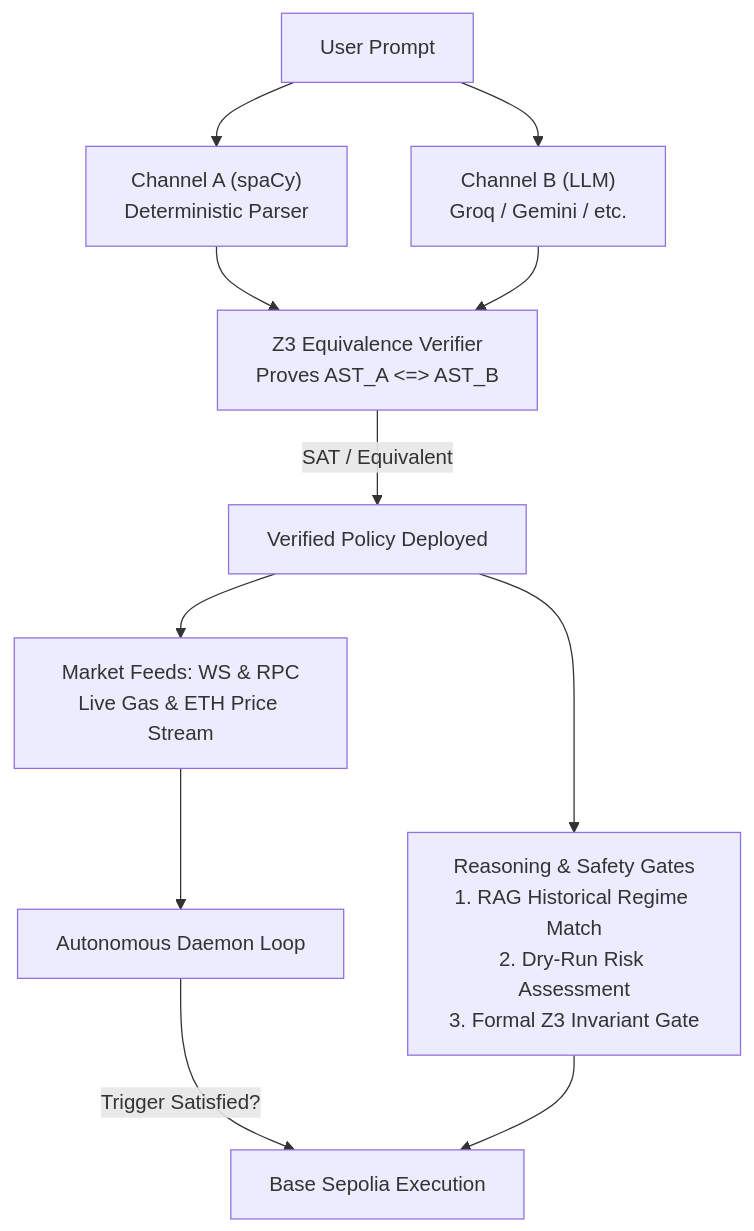
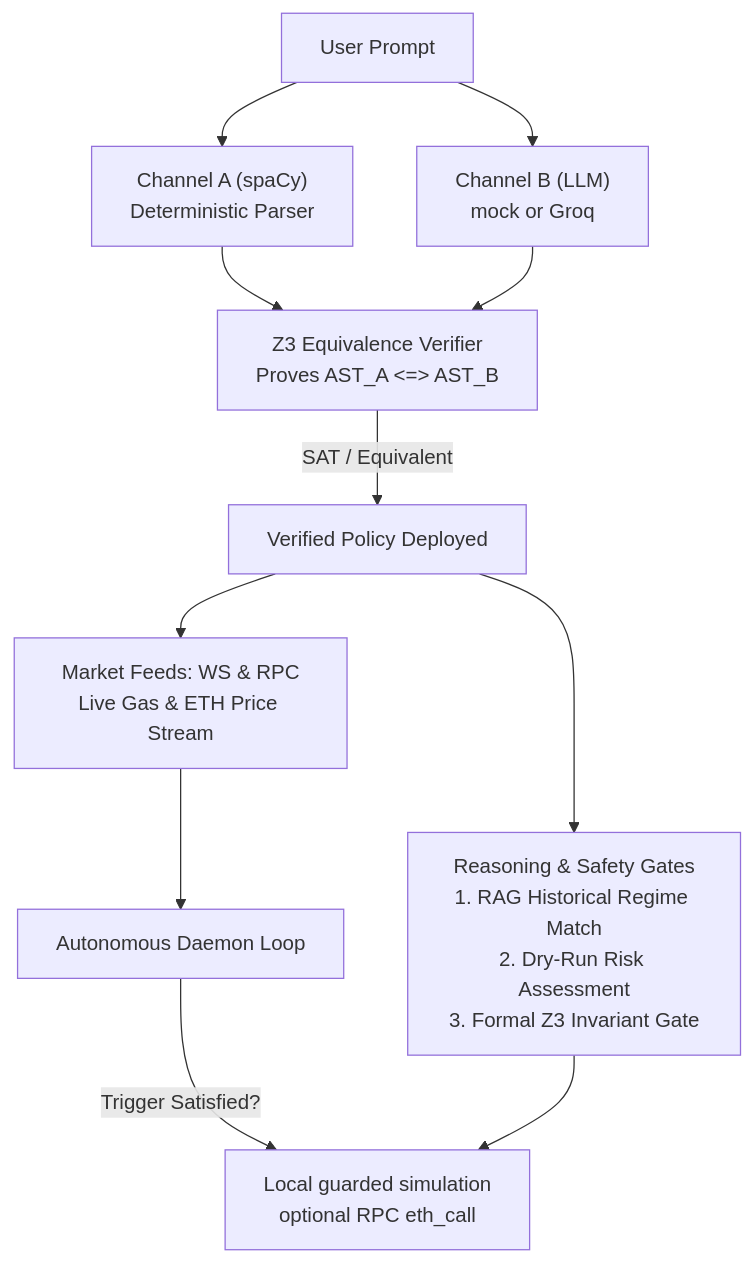
Before and after one commit to immo2n/WalletAgent: the first of 10 diagrams in README.md, drawn with Mermaid. The commit also changed other lines of this file and 25 other files, not shown here.

Commit message:
Document Orvilo architecture and Mermaid visuals

````diff
--- a/README.md
+++ b/README.md
@@ -71,23 +74,23 @@
 ```mermaid
 flowchart TB
     Prompt["User Prompt"]
     ChannelA["Channel A (spaCy)<br/>Deterministic Parser"]
-    ChannelB["Channel B (LLM)<br/>Groq / Gemini / etc."]
+    ChannelB["Channel B (LLM)<br/>mock or Groq"]
     Verifier["Z3 Equivalence Verifier<br/>Proves AST_A &lt;=&gt; AST_B"]
     Deployed["Verified Policy Deployed"]
     Feeds["Market Feeds: WS &amp; RPC<br/>Live Gas &amp; ETH Price Stream"]
     Gates["Reasoning &amp; Safety Gates<br/>1. RAG Historical Regime Match<br/>2. Dry-Run Risk Assessment<br/>3. Formal Z3 Invariant Gate"]
     Daemon["Autonomous Daemon Loop"]
-    Execution["Base Sepolia Execution"]
+    Execution["Local guarded simulation<br/>optional RPC eth_call"]
 
     Prompt --> ChannelA
     Prompt --> ChannelB
     ChannelA --> Verifier
     ChannelB --> Verifier
     Verifier -->|SAT / Equivalent| Deployed
     Deployed --> Feeds
     Deployed --> Gates
     Feeds --> Daemon
     Daemon -->|Trigger Satisfied?| Execution
     Gates --> Execution
 ```
````
